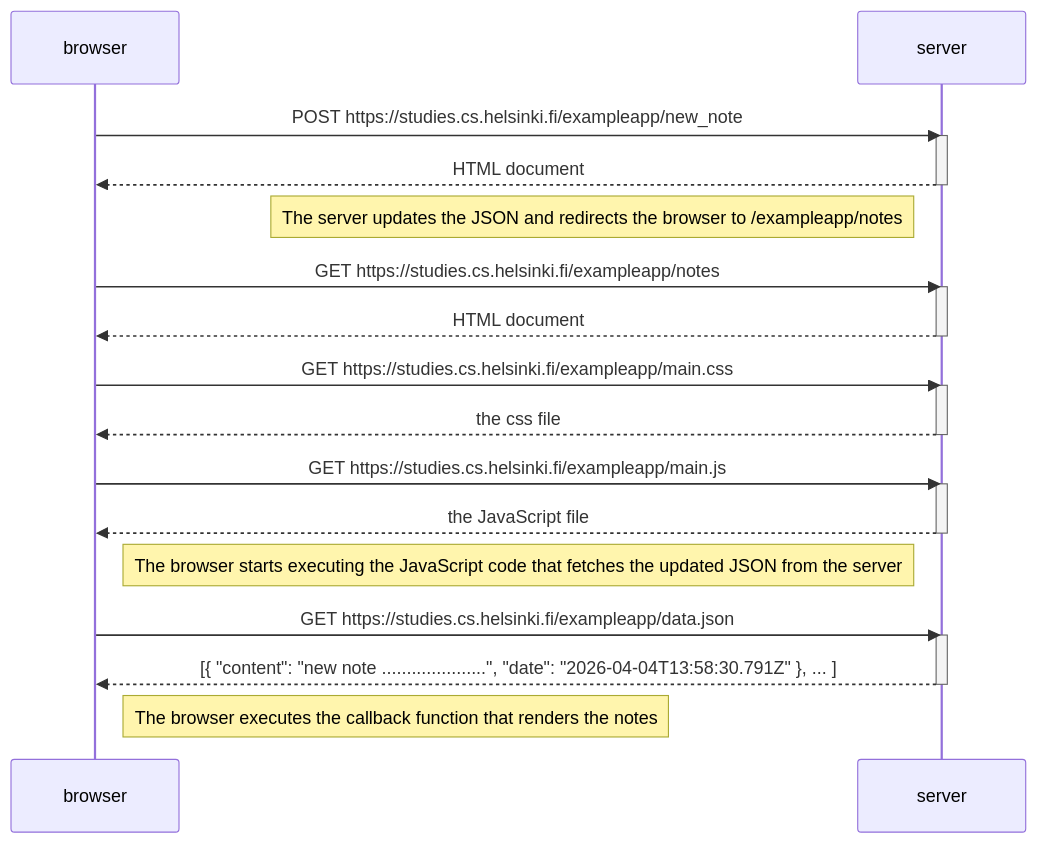
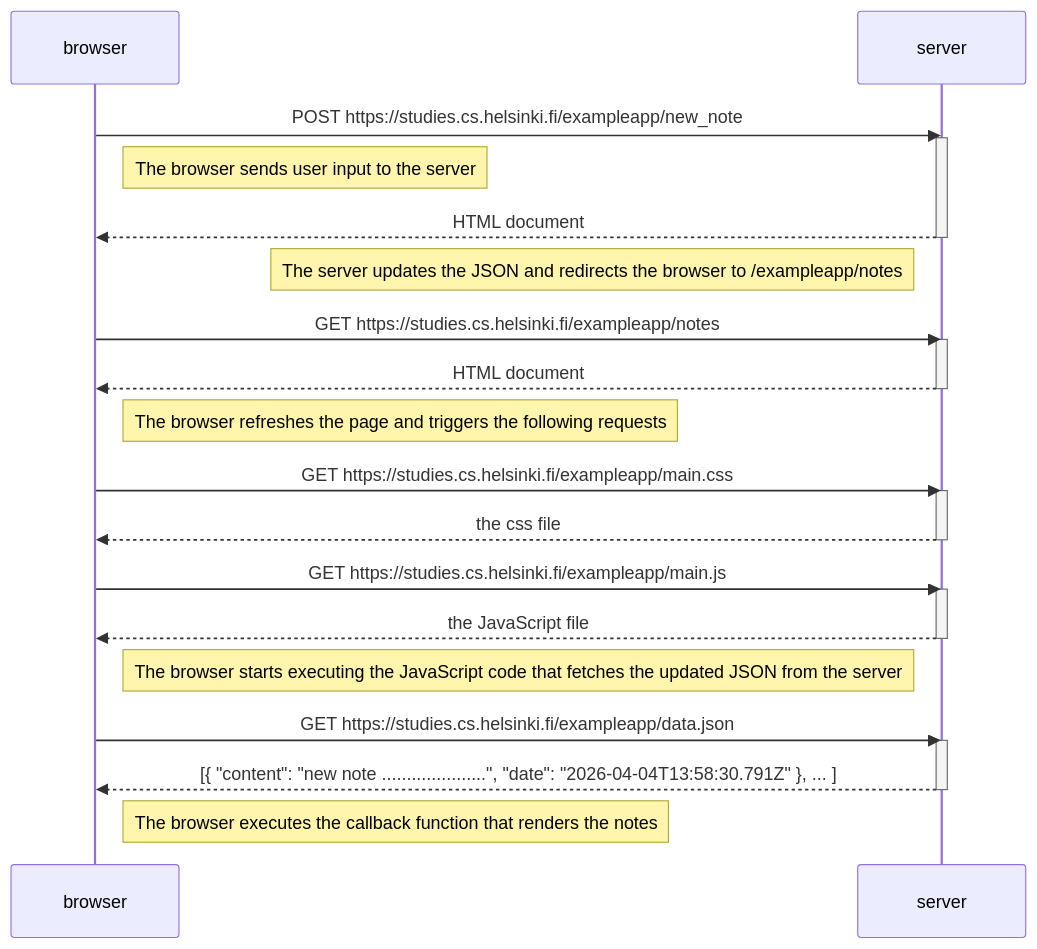
Before and after one commit to weitero/fullstackopen: the diagram in part0/README.md, drawn with Mermaid.

Commit message:
Update note diagram in README.md

````diff
--- a/part0/README.md
+++ b/part0/README.md
@@ -3,36 +3,41 @@
 ```mermaid
 sequenceDiagram
   participant browser
   participant server
 
   browser->>server: POST https://studies.cs.helsinki.fi/exampleapp/new_note
   activate server
+
+  Note right of browser: The browser sends user input to the server
+
   server-->>browser: HTML document
   deactivate server
 
   Note left of server: The server updates the JSON and redirects the browser to /exampleapp/notes
 
   browser->>server: GET https://studies.cs.helsinki.fi/exampleapp/notes
   activate server
   server-->>browser: HTML document
   deactivate server
+
+  Note right of browser: The browser refreshes the page and triggers the following requests
 
   browser->>server: GET https://studies.cs.helsinki.fi/exampleapp/main.css
   activate server
   server-->>browser: the css file
   deactivate server
 
   browser->>server: GET https://studies.cs.helsinki.fi/exampleapp/main.js
   activate server
   server-->>browser: the JavaScript file
   deactivate server
 
   Note right of browser: The browser starts executing the JavaScript code that fetches the updated JSON from the server
 
   browser->>server: GET https://studies.cs.helsinki.fi/exampleapp/data.json
   activate server
   server-->>browser: [{ "content": "new note .....................", "date": "2026-04-04T13:58:30.791Z" }, ... ]
   deactivate server
 
   Note right of browser: The browser executes the callback function that renders the notes
 ```
````
